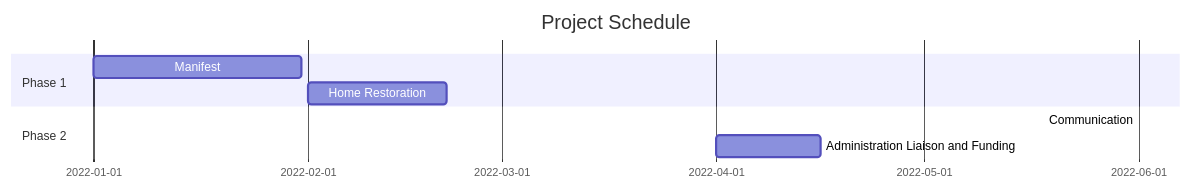
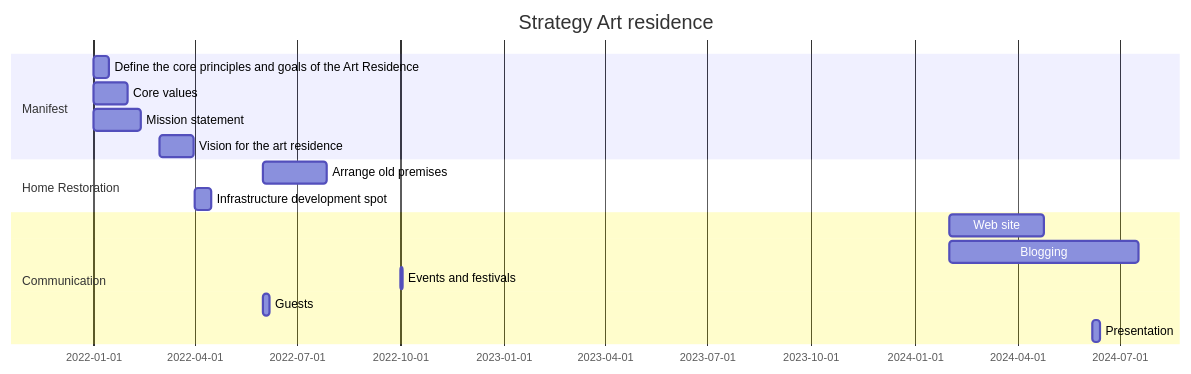
Before and after one commit to Yarema91/Blockscheme-: the second of 2 diagrams in Flowchart-Timeline.md, drawn with Mermaid. The commit also changed other lines of this file, not shown here.

````diff
--- a/Flowchart-Timeline.md
+++ b/Flowchart-Timeline.md
@@ -49,11 +49,20 @@
 ```mermaid
 gantt
-  title Project Schedule
+  title Strategy Art residence
   dateFormat YYYY
-  section Phase 1
-    Manifest: 2022-01-01, 30d
-    Home Restoration: 2022-02-01, 20d
-  section Phase 2
-    Communication :active,  des2,2022-06-01, 1yr
-    Administration Liaison and Funding: 2022-04-01, 15d
+  section Manifest
+    Define the core principles and goals of the Art Residence:2022-01-01, 14d
+     Core values: 2022-01-01, 30d
+    Mission statement: 2022-01-01, 6w
+    Vision for the art residence: 2022-03-01, 30d
+  section Home Restoration
+    Arrange old premises :  2022-06-01, 8w
+    Infrastructure development spot: 2022-04-01, 15d
+  section Communication
+  Web site:  2024-02-01, 12w
+  Blogging: 2024-02-01, 24w
+  Events and festivals: 2022-10-01, 2d
+   Guests: 2022-06-01, 5d
+   Presentation: 2024-06-07, 1w
+   section Communication
 ```
````
